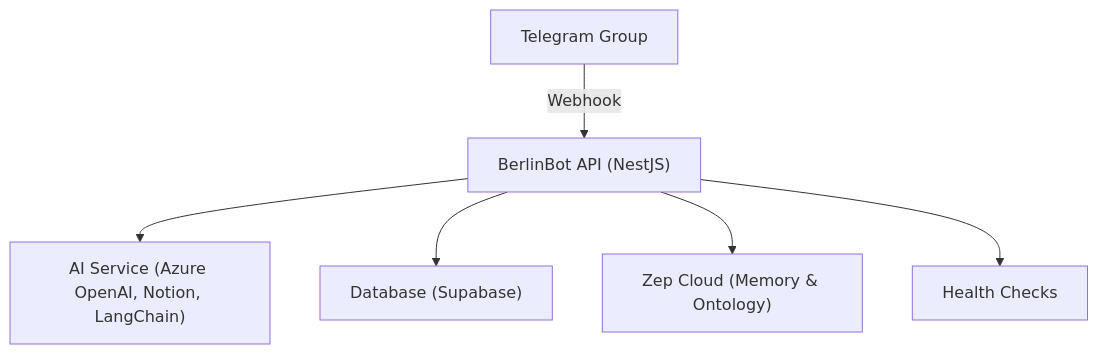
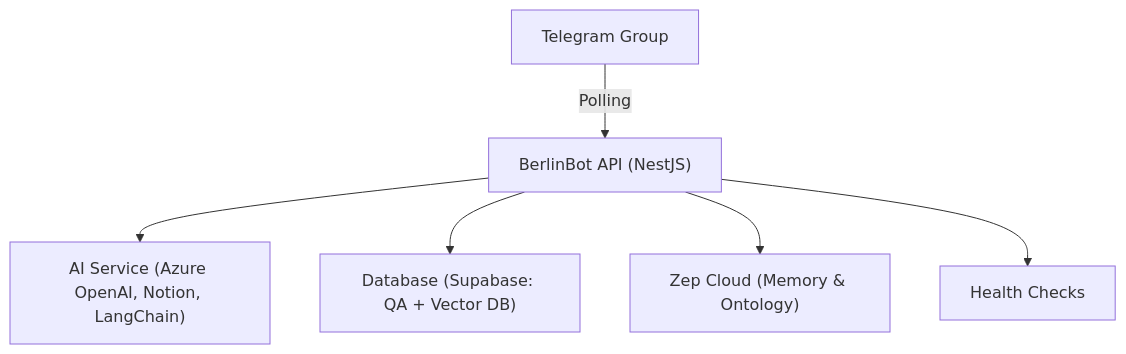
Before and after one commit to BerlinhouseLabs/the-bot: the diagram in README.md, drawn with Mermaid. The commit also changed other lines of this file, not shown here.

````diff
--- a/README.md
+++ b/README.md
@@ -39,8 +39,8 @@
 ```mermaid
 graph TD;
-  TG["Telegram Group"] -->|Webhook| API["BerlinBot API (NestJS)"]
+  TG["Telegram Group"] -->|Polling| API["BerlinBot API (NestJS)"]
   API --> AI["AI Service (Azure OpenAI, Notion, LangChain)"]
-  API --> DB["Database (Supabase)"]
+  API --> DB["Database (Supabase: QA + Vector DB)"]
   API --> ZEP["Zep Cloud (Memory & Ontology)"]
   API --> Health["Health Checks"]
 ```
````
